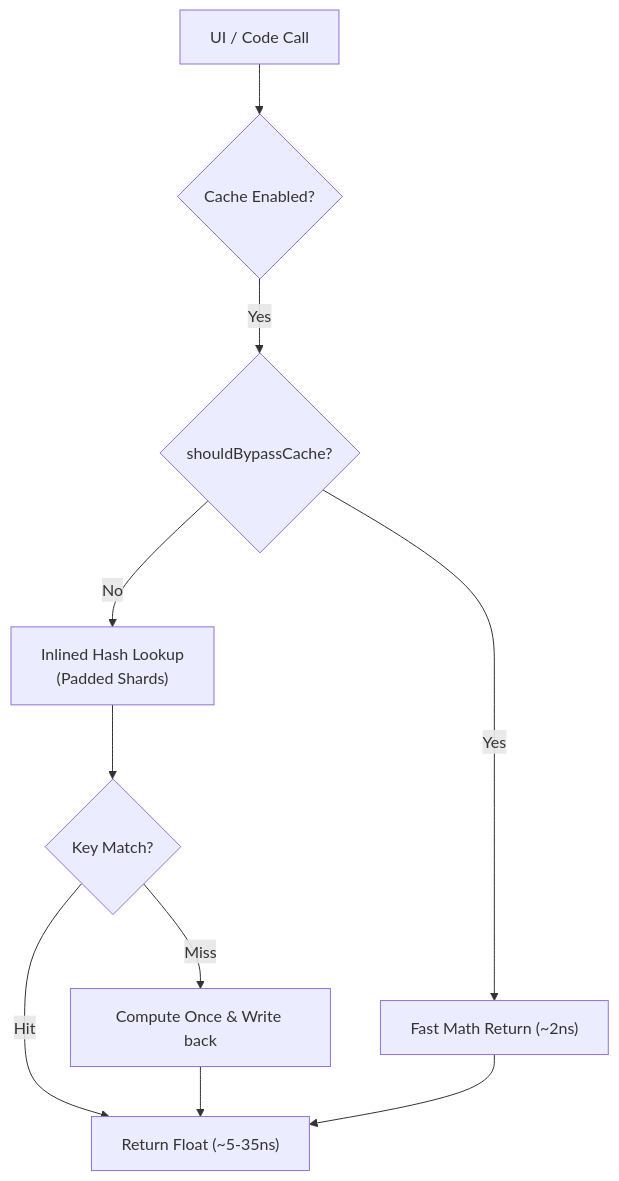
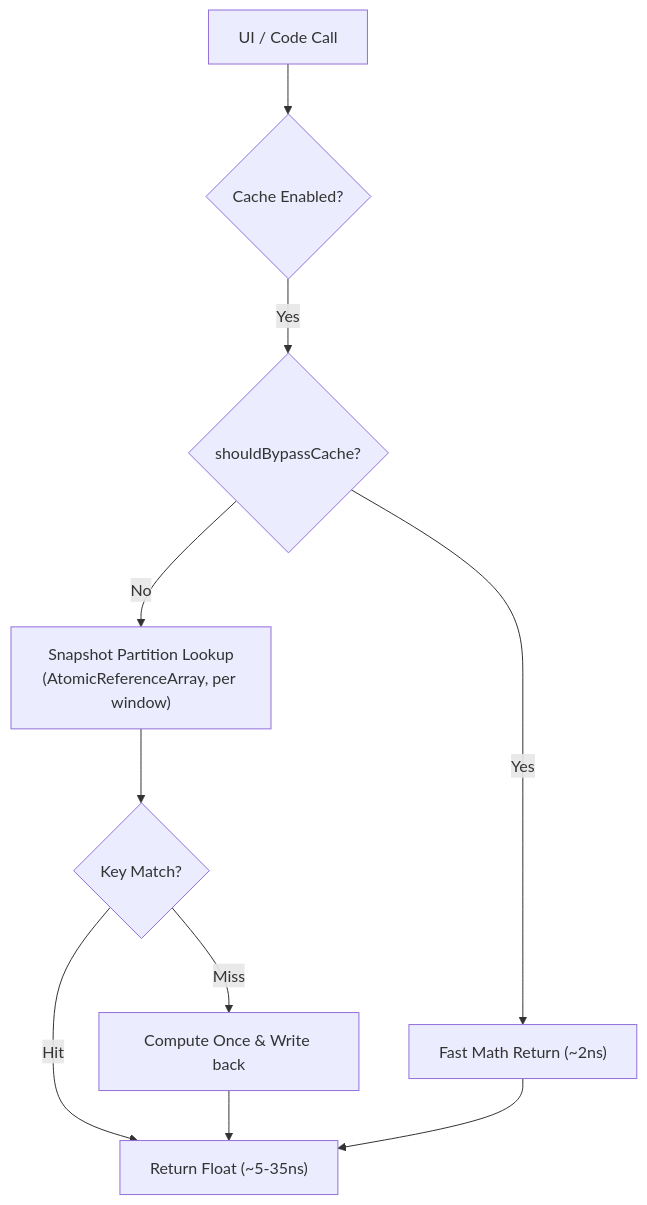
Before and after one commit to bodenberg/appdimens-dynamic: the diagram in PERFORMANCE.md, drawn with Mermaid. The commit also changed other lines of this file and 107 other files, not shown here.

````diff
--- a/PERFORMANCE.md
+++ b/PERFORMANCE.md
@@ -130,12 +140,12 @@
 ```mermaid
 graph TD
     A[UI / Code Call] --> B{Cache Enabled?}
     B -- Yes --> C{shouldBypassCache?}
     C -- Yes --> D["Fast Math Return (~2ns)"]
-    C -- No --> E["Inlined Hash Lookup<br/>(Padded Shards)"]
+    C -- No --> E["Snapshot Partition Lookup<br/>(AtomicReferenceArray, per window)"]
     E --> F{Key Match?}
     F -- Hit --> G["Return Float (~5-35ns)"]
     F -- Miss --> H[Compute Once & Write back]
     H --> G
     D --> G
 ```
````
